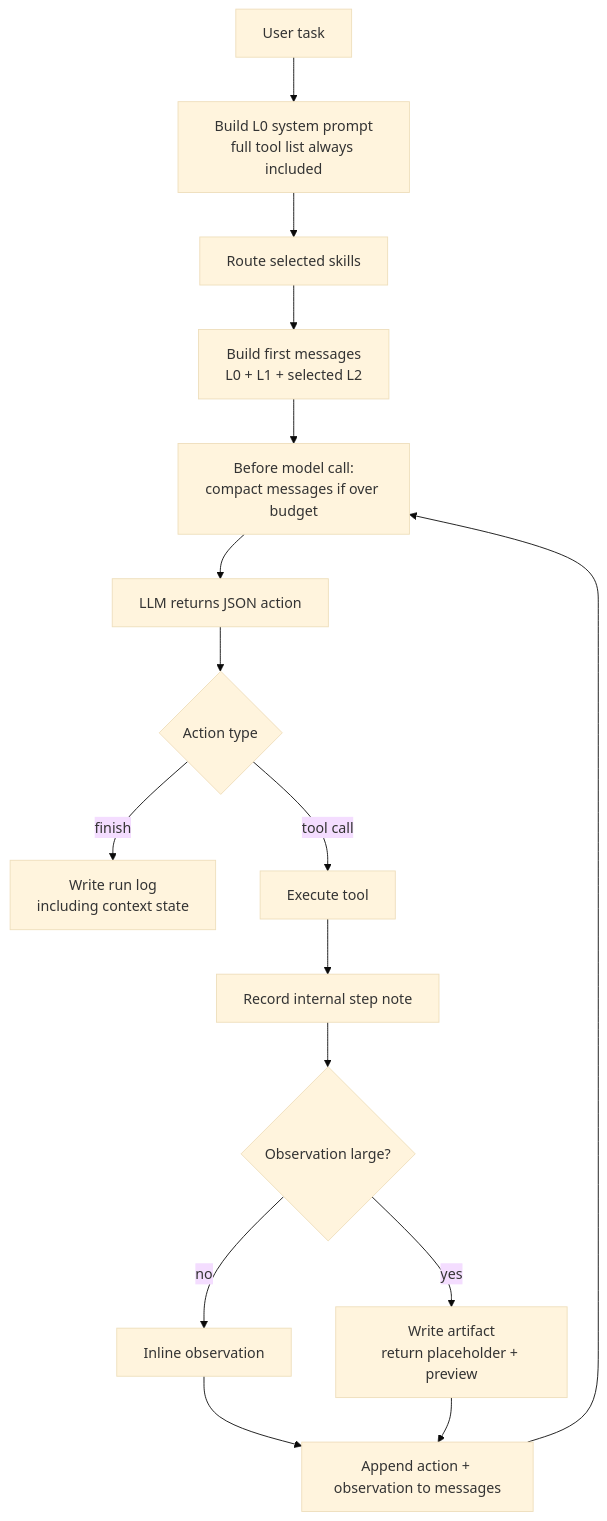
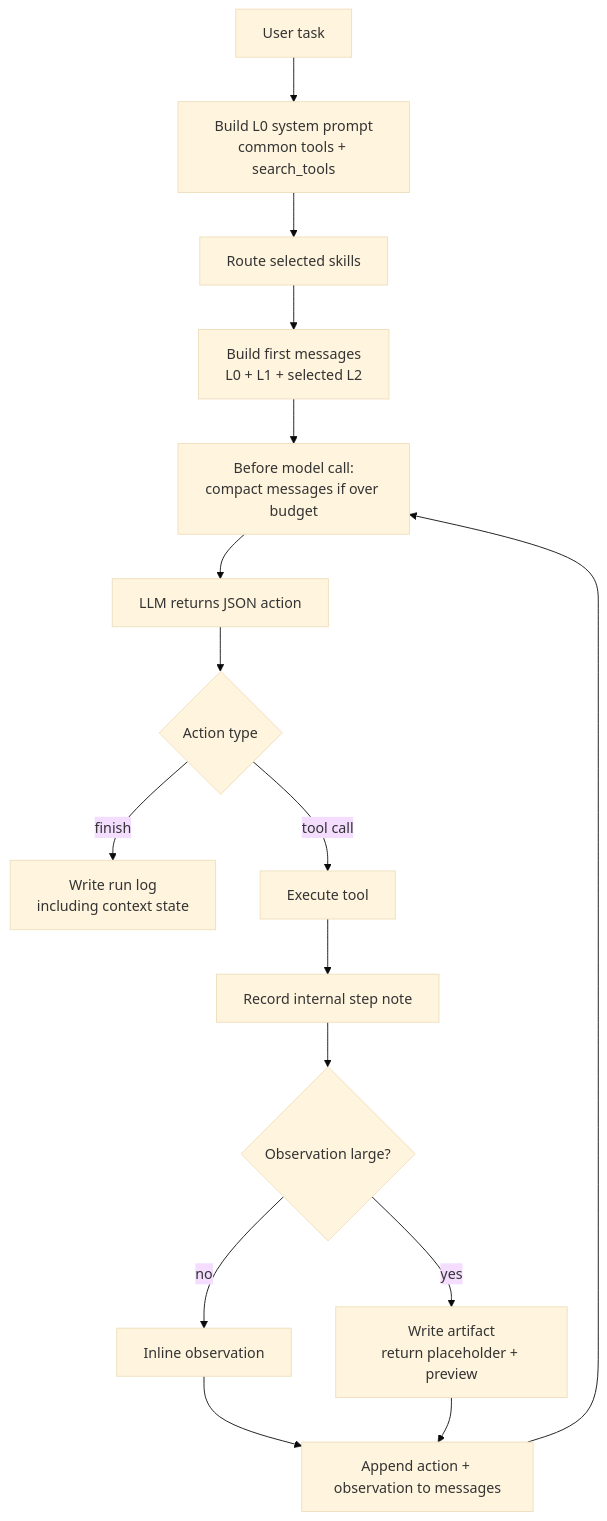
Before and after one commit to Cachuela11/MiniCode: diagram 12 of 15 in README.md, drawn with Mermaid (base theme). The commit also changed other lines of this file and 10 other files, not shown here.

````diff
--- a/README.md
+++ b/README.md
@@ -772,18 +773,18 @@
 ```mermaid
 flowchart TD
-    A[User task] --> B[Build L0 system prompt<br/>full tool list always included]
+    A[User task] --> B[Build L0 system prompt<br/>common tools + search_tools]
     B --> C[Route selected skills]
     C --> D[Build first messages<br/>L0 + L1 + selected L2]
     D --> E[Before model call:<br/>compact messages if over budget]
     E --> F[LLM returns JSON action]
     F --> G{Action type}
     G -->|finish| H[Write run log<br/>including context state]
     G -->|tool call| I[Execute tool]
     I --> J[Record internal step note]
     J --> K{Observation large?}
     K -->|no| L[Inline observation]
     K -->|yes| M[Write artifact<br/>return placeholder + preview]
     L --> N[Append action + observation to messages]
     M --> N
     N --> E
 ```
````
